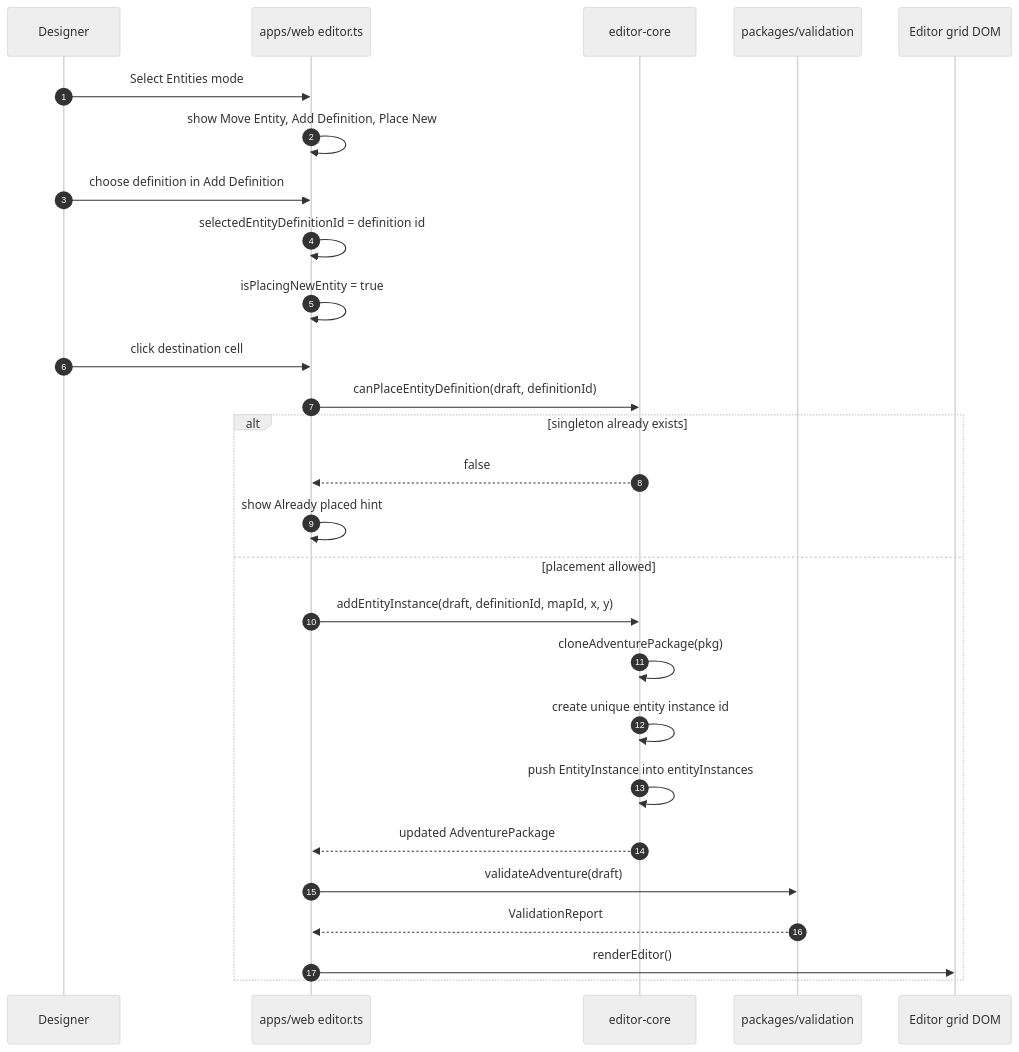
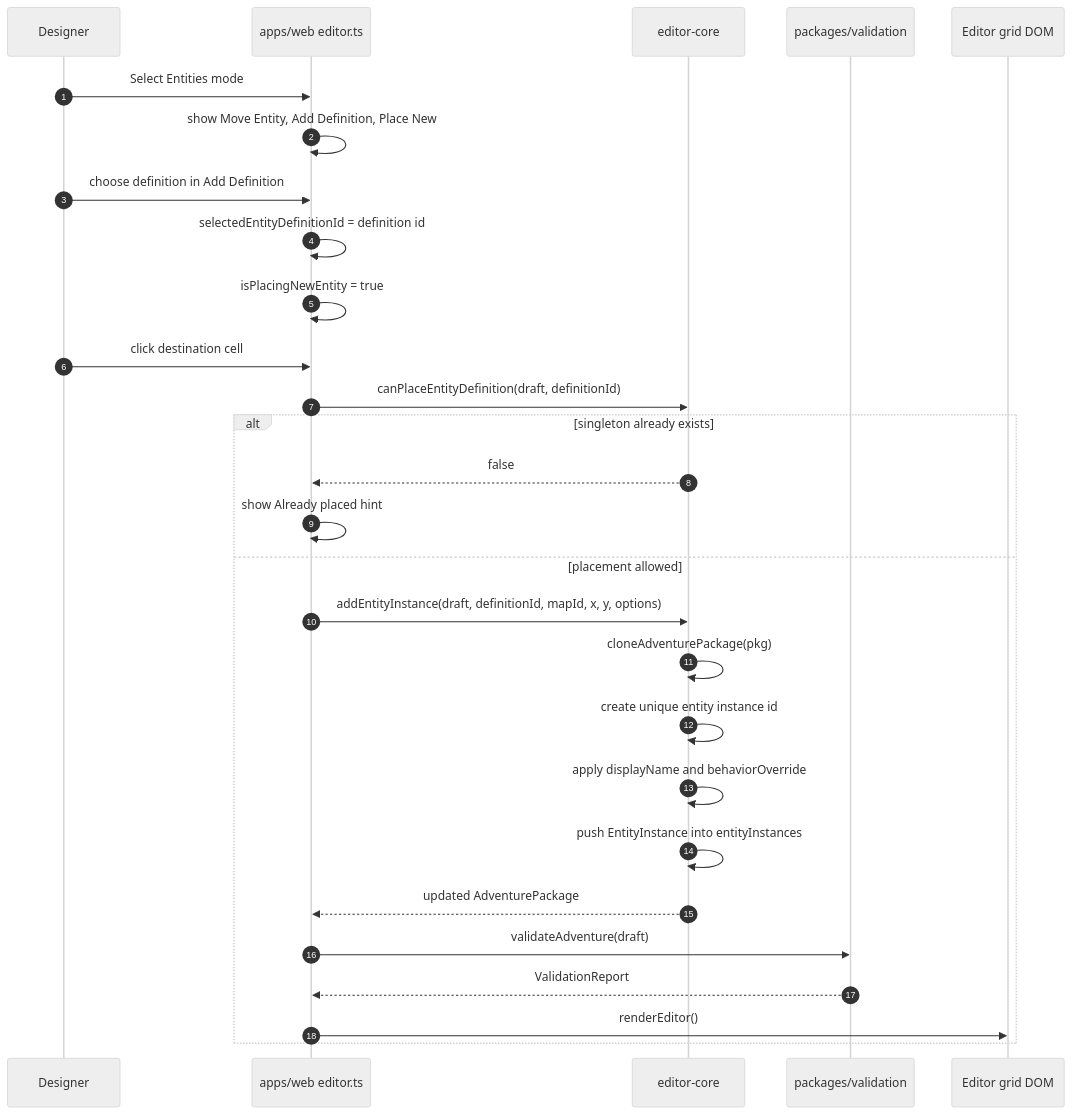
Before and after one commit to ianohlander/ACS: the tenth of 46 diagrams in docs/system-reference.md, drawn with Mermaid (neutral theme). The commit also changed other lines of this file and 29 other files, not shown here.

Commit message:
Add entity instance roles and UI tutorial captures

````diff
--- a/docs/system-reference.md
+++ b/docs/system-reference.md
@@ -545,30 +545,31 @@
 ```mermaid
 sequenceDiagram
     autonumber
     participant Designer as Designer
     participant Editor as apps/web editor.ts
     participant Core as editor-core
     participant Validation as packages/validation
     participant Grid as Editor grid DOM
 
     Designer->>Editor: Select Entities mode
     Editor->>Editor: show Move Entity, Add Definition, Place New
     Designer->>Editor: choose definition in Add Definition
     Editor->>Editor: selectedEntityDefinitionId = definition id
     Editor->>Editor: isPlacingNewEntity = true
     Designer->>Editor: click destination cell
     Editor->>Core: canPlaceEntityDefinition(draft, definitionId)
     alt singleton already exists
         Core-->>Editor: false
         Editor->>Editor: show Already placed hint
     else placement allowed
-        Editor->>Core: addEntityInstance(draft, definitionId, mapId, x, y)
+        Editor->>Core: addEntityInstance(draft, definitionId, mapId, x, y, options)
         Core->>Core: cloneAdventurePackage(pkg)
         Core->>Core: create unique entity instance id
+        Core->>Core: apply displayName and behaviorOverride
         Core->>Core: push EntityInstance into entityInstances
         Core-->>Editor: updated AdventurePackage
         Editor->>Validation: validateAdventure(draft)
         Validation-->>Editor: ValidationReport
         Editor->>Grid: renderEditor()
     end
 ```
````
